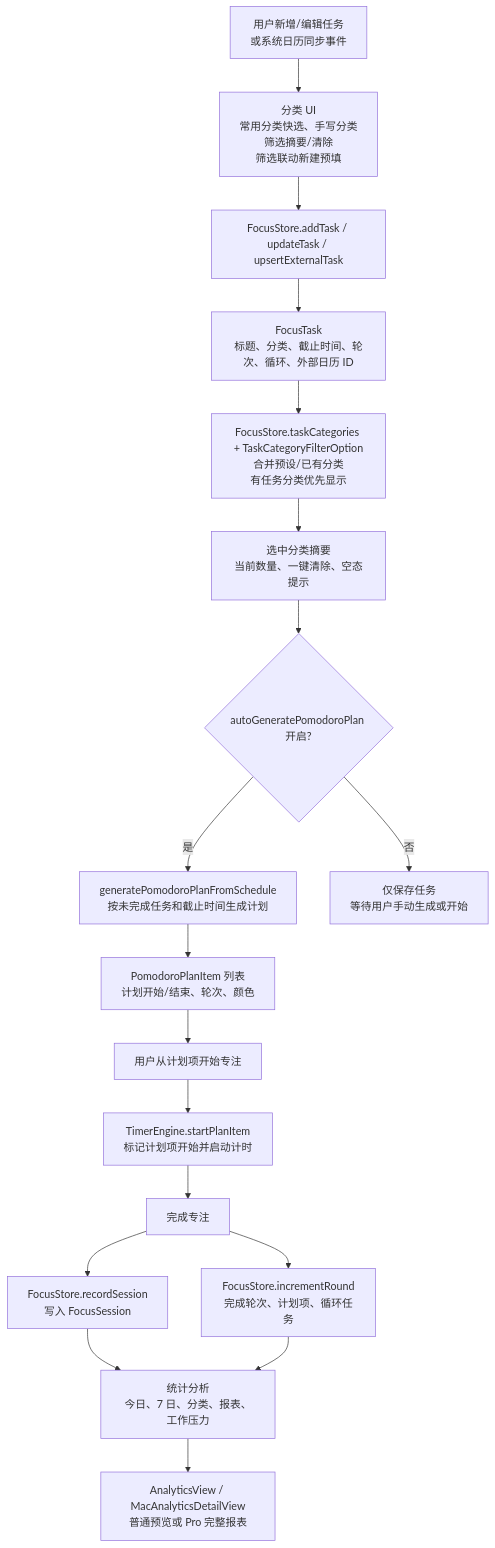
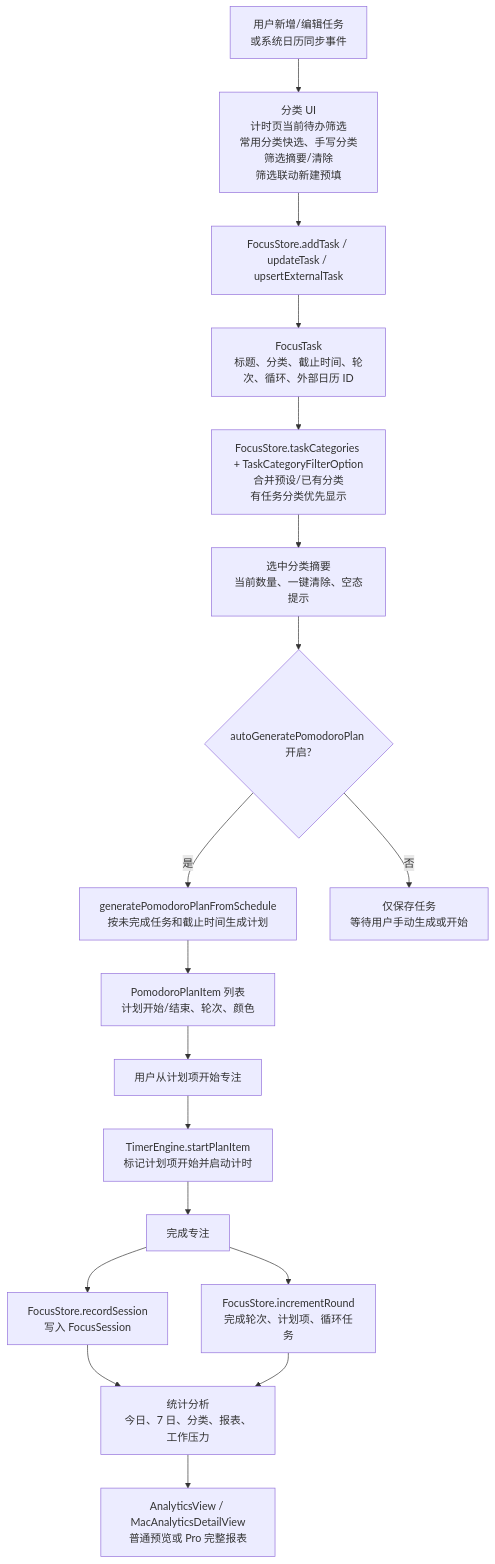
Before and after one commit to Altman-sam114/114: the third of 6 diagrams in md/flow/flowchart.md, drawn with Mermaid. The commit also changed other lines of this file and 7 other files, not shown here.

````diff
--- a/md/flow/flowchart.md
+++ b/md/flow/flowchart.md
@@ -63,20 +63,20 @@
 ```mermaid
 flowchart TD
-  A["用户新增/编辑任务<br/>或系统日历同步事件"] --> P0["分类 UI<br/>常用分类快选、手写分类<br/>筛选摘要/清除<br/>筛选联动新建预填"]
+  A["用户新增/编辑任务<br/>或系统日历同步事件"] --> P0["分类 UI<br/>计时页当前待办筛选<br/>常用分类快选、手写分类<br/>筛选摘要/清除<br/>筛选联动新建预填"]
   P0 --> B["FocusStore.addTask / updateTask / upsertExternalTask"]
   B --> C["FocusTask<br/>标题、分类、截止时间、轮次、循环、外部日历 ID"]
   C --> C2["FocusStore.taskCategories + TaskCategoryFilterOption<br/>合并预设/已有分类<br/>有任务分类优先显示"]
   C2 --> C3["选中分类摘要<br/>当前数量、一键清除、空态提示"]
   C3 --> D{"autoGeneratePomodoroPlan 开启?"}
   D -->|是| E["generatePomodoroPlanFromSchedule<br/>按未完成任务和截止时间生成计划"]
   D -->|否| F["仅保存任务<br/>等待用户手动生成或开始"]
   E --> G["PomodoroPlanItem 列表<br/>计划开始/结束、轮次、颜色"]
   G --> H["用户从计划项开始专注"]
   H --> I["TimerEngine.startPlanItem<br/>标记计划项开始并启动计时"]
   I --> J["完成专注"]
   J --> K["FocusStore.incrementRound<br/>完成轮次、计划项、循环任务"]
   J --> L["FocusStore.recordSession<br/>写入 FocusSession"]
   L --> M["统计分析<br/>今日、7 日、分类、报表、工作压力"]
   K --> M
   M --> N["AnalyticsView / MacAnalyticsDetailView<br/>普通预览或 Pro 完整报表"]
 ```
````
